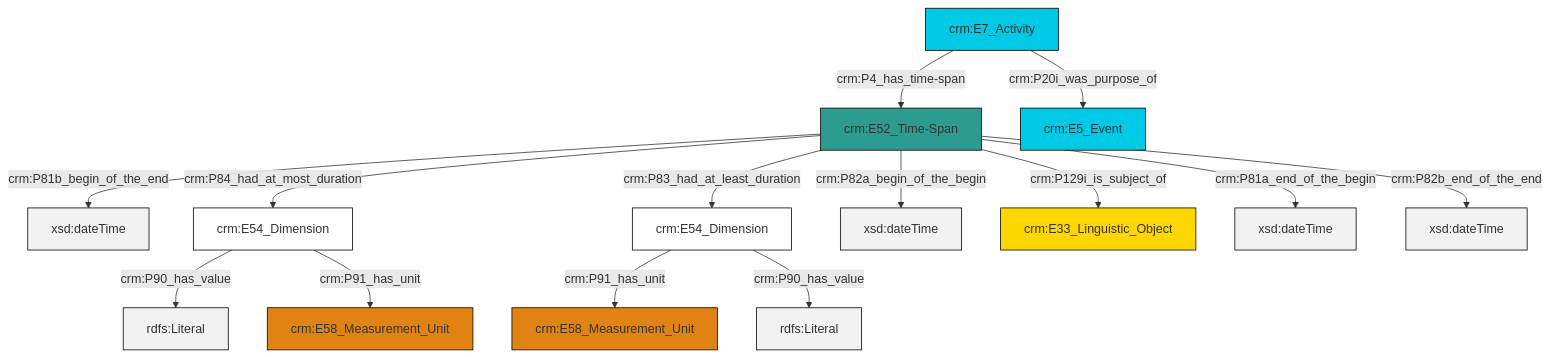
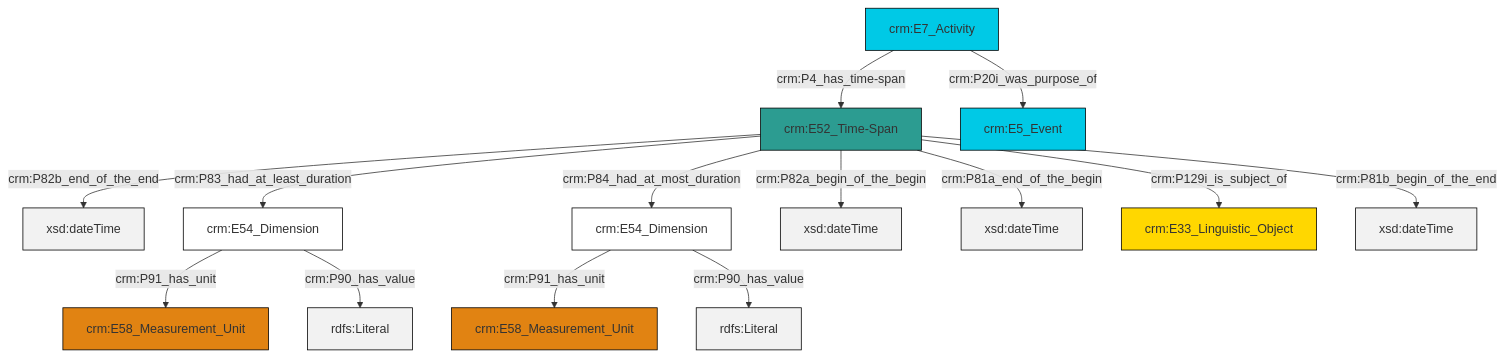
Before and after one commit to swiss-art-research-net/reference-data-models: the diagram in et/eventCSV/ttl/mmd/event_existence.ttl.mmd, drawn with Mermaid. The commit also changed 121 other files, not shown here.

```diff
--- a/et/eventCSV/ttl/mmd/event_existence.ttl.mmd
+++ b/et/eventCSV/ttl/mmd/event_existence.ttl.mmd
@@ -1,28 +1,28 @@
 graph TD
 classDef Literal fill:#f2f2f2,stroke:#000000;
 classDef CRM_Entity fill:#FFFFFF,stroke:#000000;
 classDef Temporal_Entity fill:#00C9E6, stroke:#000000;
 classDef Type fill:#E18312, stroke:#000000;
 classDef Time-Span fill:#2C9C91, stroke:#000000;
 classDef Appellation fill:#FFEB7F, stroke:#000000;
 classDef Place fill:#008836, stroke:#000000;
 classDef Persistent_Item fill:#B266B2, stroke:#000000;
 classDef Conceptual_Object fill:#FFD700, stroke:#000000;
 classDef Physical_Thing fill:#D2B48C, stroke:#000000;
 classDef Actor fill:#f58aad, stroke:#000000;
 classDef PC_Classes fill:#4ce600, stroke:#000000;
 classDef Multi fill:#cccccc,stroke:#000000;
 
-0["crm:E52_Time-Span"]:::Time-Span -->|crm:P81b_begin_of_the_end| 1[xsd:dateTime]:::Literal
-2["crm:E54_Dimension"]:::CRM_Entity -->|crm:P90_has_value| 3[rdfs:Literal]:::Literal
-4["crm:E54_Dimension"]:::CRM_Entity -->|crm:P91_has_unit| 5["crm:E58_Measurement_Unit"]:::Type
-6["crm:E7_Activity"]:::Temporal_Entity -->|crm:P4_has_time-span| 0["crm:E52_Time-Span"]:::Time-Span
-0["crm:E52_Time-Span"]:::Time-Span -->|crm:P82a_begin_of_the_begin| 8[xsd:dateTime]:::Literal
+0["crm:E52_Time-Span"]:::Time-Span -->|crm:P82b_end_of_the_end| 1[xsd:dateTime]:::Literal
+0["crm:E52_Time-Span"]:::Time-Span -->|crm:P83_had_at_least_duration| 4["crm:E54_Dimension"]:::CRM_Entity
+0["crm:E52_Time-Span"]:::Time-Span -->|crm:P82a_begin_of_the_begin| 7[xsd:dateTime]:::Literal
+0["crm:E52_Time-Span"]:::Time-Span -->|crm:P84_had_at_most_duration| 5["crm:E54_Dimension"]:::CRM_Entity
+4["crm:E54_Dimension"]:::CRM_Entity -->|crm:P91_has_unit| 8["crm:E58_Measurement_Unit"]:::Type
+5["crm:E54_Dimension"]:::CRM_Entity -->|crm:P91_has_unit| 13["crm:E58_Measurement_Unit"]:::Type
 0["crm:E52_Time-Span"]:::Time-Span -->|crm:P81a_end_of_the_begin| 14[xsd:dateTime]:::Literal
-0["crm:E52_Time-Span"]:::Time-Span -->|crm:P82b_end_of_the_end| 15[xsd:dateTime]:::Literal
-4["crm:E54_Dimension"]:::CRM_Entity -->|crm:P90_has_value| 16[rdfs:Literal]:::Literal
-0["crm:E52_Time-Span"]:::Time-Span -->|crm:P84_had_at_most_duration| 2["crm:E54_Dimension"]:::CRM_Entity
-2["crm:E54_Dimension"]:::CRM_Entity -->|crm:P91_has_unit| 17["crm:E58_Measurement_Unit"]:::Type
-0["crm:E52_Time-Span"]:::Time-Span -->|crm:P83_had_at_least_duration| 4["crm:E54_Dimension"]:::CRM_Entity
-6["crm:E7_Activity"]:::Temporal_Entity -->|crm:P20i_was_purpose_of| 12["crm:E5_Event"]:::Temporal_Entity
-0["crm:E52_Time-Span"]:::Time-Span -->|crm:P129i_is_subject_of| 9["crm:E33_Linguistic_Object"]:::Conceptual_Object
+11["crm:E7_Activity"]:::Temporal_Entity -->|crm:P4_has_time-span| 0["crm:E52_Time-Span"]:::Time-Span
+0["crm:E52_Time-Span"]:::Time-Span -->|crm:P129i_is_subject_of| 17["crm:E33_Linguistic_Object"]:::Conceptual_Object
+5["crm:E54_Dimension"]:::CRM_Entity -->|crm:P90_has_value| 19[rdfs:Literal]:::Literal
+11["crm:E7_Activity"]:::Temporal_Entity -->|crm:P20i_was_purpose_of| 2["crm:E5_Event"]:::Temporal_Entity
+4["crm:E54_Dimension"]:::CRM_Entity -->|crm:P90_has_value| 20[rdfs:Literal]:::Literal
+0["crm:E52_Time-Span"]:::Time-Span -->|crm:P81b_begin_of_the_end| 21[xsd:dateTime]:::Literal
```
